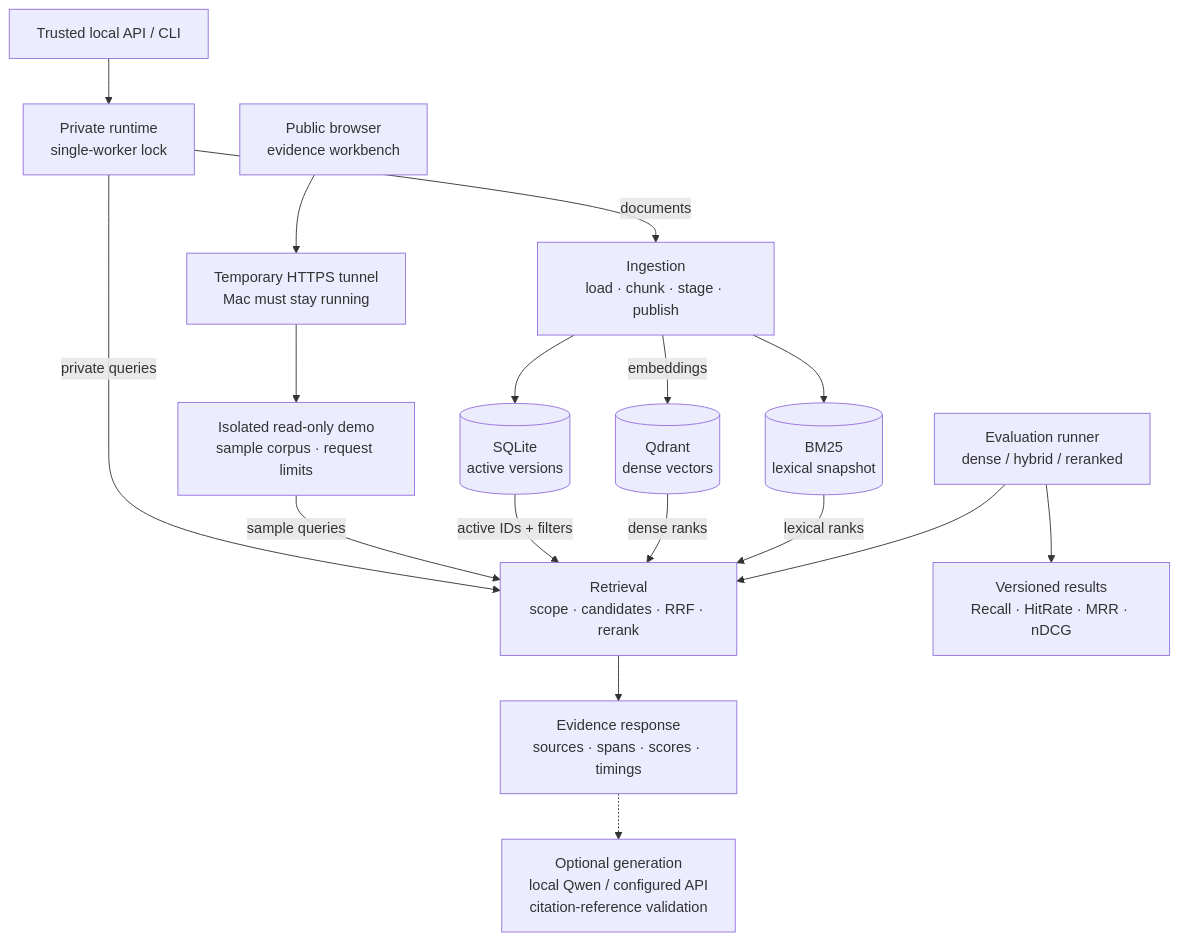
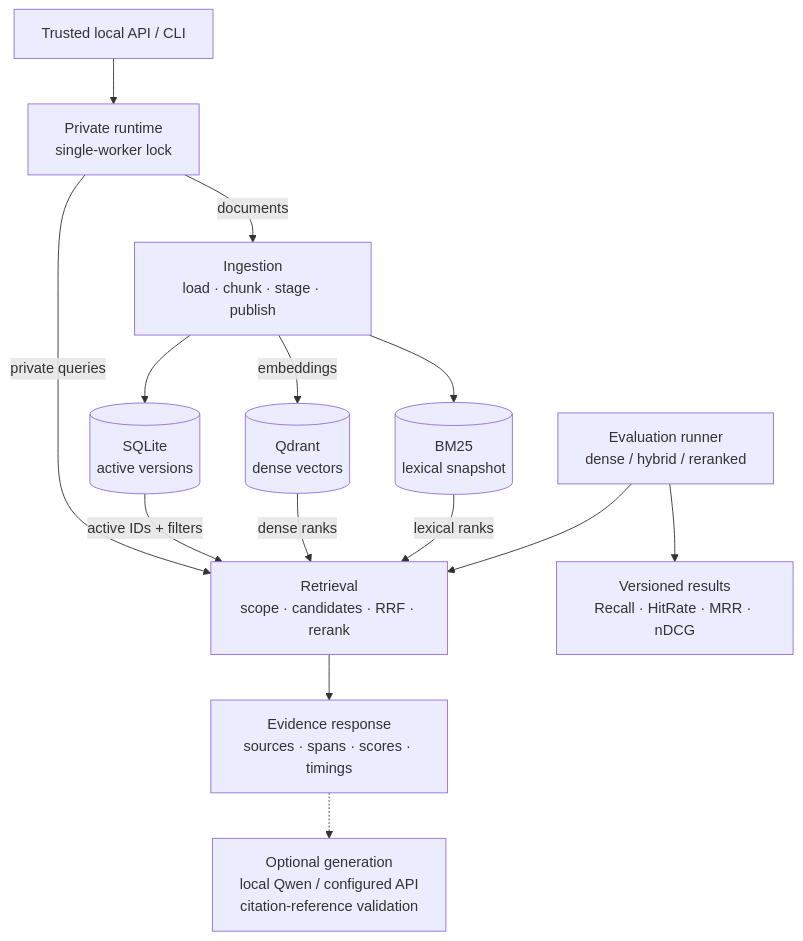
One commit to Sashankpotluru/RAGForge changed the second of 2 diagrams in docs/architecture.md. Above: the diagram before and after it, drawn with Mermaid. The commit also changed other lines of this file and 5 other files, not shown here.

Commit message:
Update architecture diagram for GitHub Pages and browser inference

````diff
--- a/docs/architecture.md
+++ b/docs/architecture.md
@@ -46,33 +42,28 @@
 ```mermaid
 flowchart TB
-    accTitle: RAGForge architecture and public demo boundary
-    accDescr: A trusted API and CLI ingest documents into a private runtime. The public browser reaches a separate sample-only read-only demo through a temporary HTTPS tunnel. Each runtime owns separate SQLite, Qdrant and BM25 stores. Retrieval fuses dense and lexical ranks, optionally reranks, and returns cited evidence before optional generation.
+    accTitle: RAGForge Python backend
+    accDescr: A trusted API and CLI ingest documents into a single-worker runtime. SQLite tracks active versions, Qdrant stores dense vectors, and BM25 provides lexical rankings. Retrieval returns cited evidence before optional generation. The evaluation runner measures this same retrieval path. This backend is run separately from the GitHub Pages website.
     caller["Trusted local API / CLI"]
     entry["Private runtime<br/>single-worker lock"]
     caller --> entry
-    browser["Public browser<br/>evidence workbench"]
-    tunnel["Temporary HTTPS tunnel<br/>Mac must stay running"]
-    demo["Isolated read-only demo<br/>sample corpus · request limits"]
-    browser --> tunnel --> demo
     ingest["Ingestion<br/>load · chunk · stage · publish"]
     entry -->|documents| ingest
     catalog[("SQLite<br/>active versions")]
     vectors[("Qdrant<br/>dense vectors")]
     lexical[("BM25<br/>lexical snapshot")]
     ingest --> catalog
     ingest -->|embeddings| vectors
     ingest --> lexical
     search["Retrieval<br/>scope · candidates · RRF · rerank"]
     entry -->|private queries| search
-    demo -->|sample queries| search
     catalog -->|active IDs + filters| search
     vectors -->|dense ranks| search
     lexical -->|lexical ranks| search
     evidence["Evidence response<br/>sources · spans · scores · timings"]
     search --> evidence
     provider["Optional generation<br/>local Qwen / configured API<br/>citation-reference validation"]
     evidence -.-> provider
     evaluation["Evaluation runner<br/>dense / hybrid / reranked"]
     evaluation --> search
     evaluation --> results["Versioned results<br/>Recall · HitRate · MRR · nDCG"]
 ```
````
